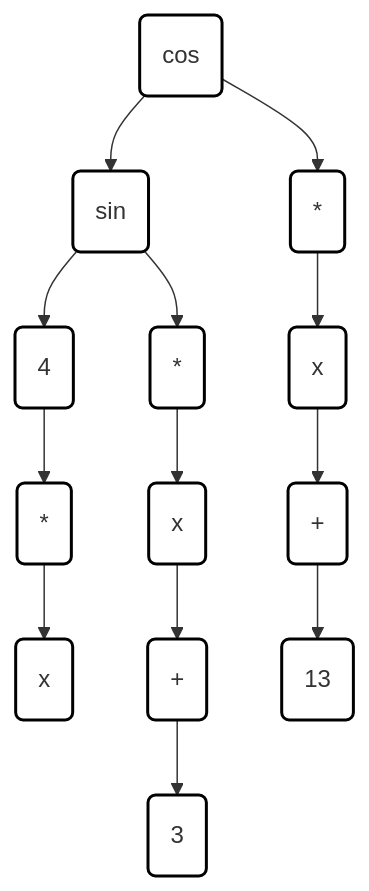
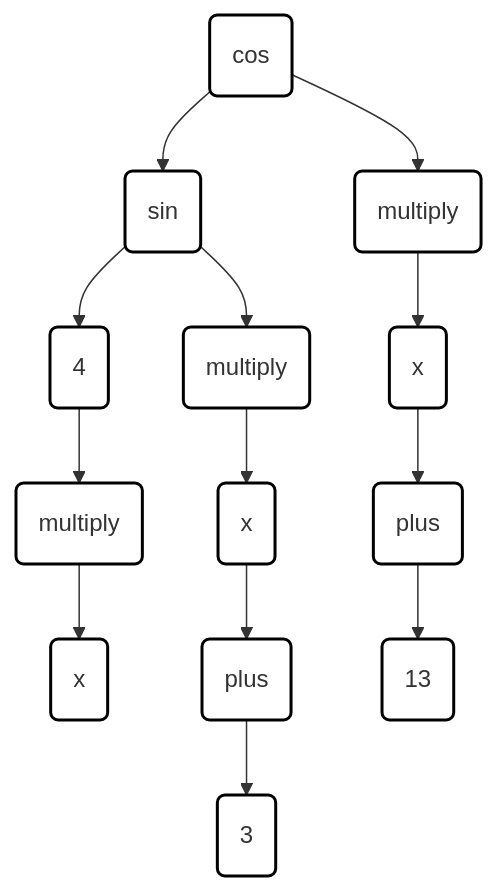
One commit to neavailable/Derivative_calculator changed the second of 2 diagrams in README.md. Above: the diagram before and after it, drawn with Mermaid. The commit also changed other lines of this file, not shown here.

````diff
--- a/README.md
+++ b/README.md
@@ -56,43 +56,43 @@
 ```mermaid
 graph TD
     COS(cos)
     SIN(sin)
     FOUR(4)
-    MULTIPLY_SIN(*)
+    MULTIPLY_SIN(multiply)
     X_SIN(x)
     X_COS(x)
-    MULTIPLY_COS(*)
-    PLUS_COS(+)
+    MULTIPLY_COS(multiply)
+    PLUS_COS(plus)
     THREE(3)
-    MULTIPLY(*)
+    MULTIPLY(multiply)
     X(x)
-    PLUS(+)
+    PLUS(plus)
     THIRTEEN(13)
 
     COS          --> SIN
     COS          --> MULTIPLY
     SIN          --> FOUR
     SIN          --> MULTIPLY_COS
     FOUR         --> MULTIPLY_SIN
     MULTIPLY_SIN --> X_SIN
     MULTIPLY_COS --> X_COS
     X_COS        --> PLUS_COS
     PLUS_COS     --> THREE
     MULTIPLY     --> X
     X            --> PLUS
     PLUS         --> THIRTEEN
 
     style COS          fill:#ffffff,stroke:#000000,stroke-width:2px
     style SIN          fill:#ffffff,stroke:#000000,stroke-width:2px
     style FOUR         fill:#ffffff,stroke:#000000,stroke-width:2px
     style MULTIPLY_SIN fill:#ffffff,stroke:#000000,stroke-width:2px
     style X_SIN        fill:#ffffff,stroke:#000000,stroke-width:2px
     style MULTIPLY_COS fill:#ffffff,stroke:#000000,stroke-width:2px
     style PLUS_COS     fill:#ffffff,stroke:#000000,stroke-width:2px
     style THREE        fill:#ffffff,stroke:#000000,stroke-width:2px
     style MULTIPLY     fill:#ffffff,stroke:#000000,stroke-width:2px
     style X            fill:#ffffff,stroke:#000000,stroke-width:2px
     style PLUS         fill:#ffffff,stroke:#000000,stroke-width:2px
     style THIRTEEN     fill:#ffffff,stroke:#000000,stroke-width:2px
     style X_COS        fill:#ffffff,stroke:#000000,stroke-width:2px
 ```
````
